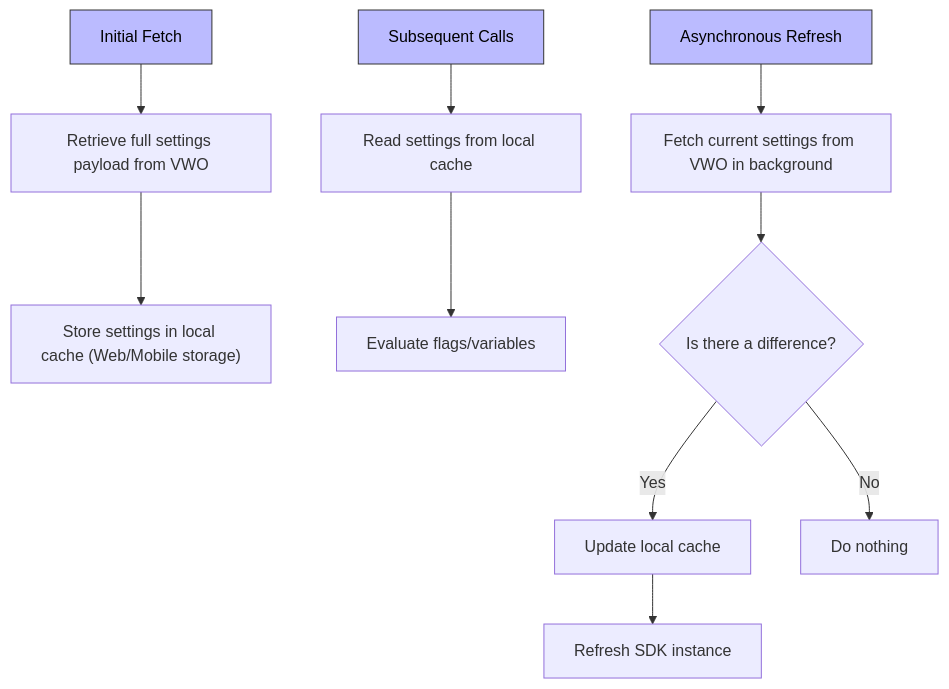
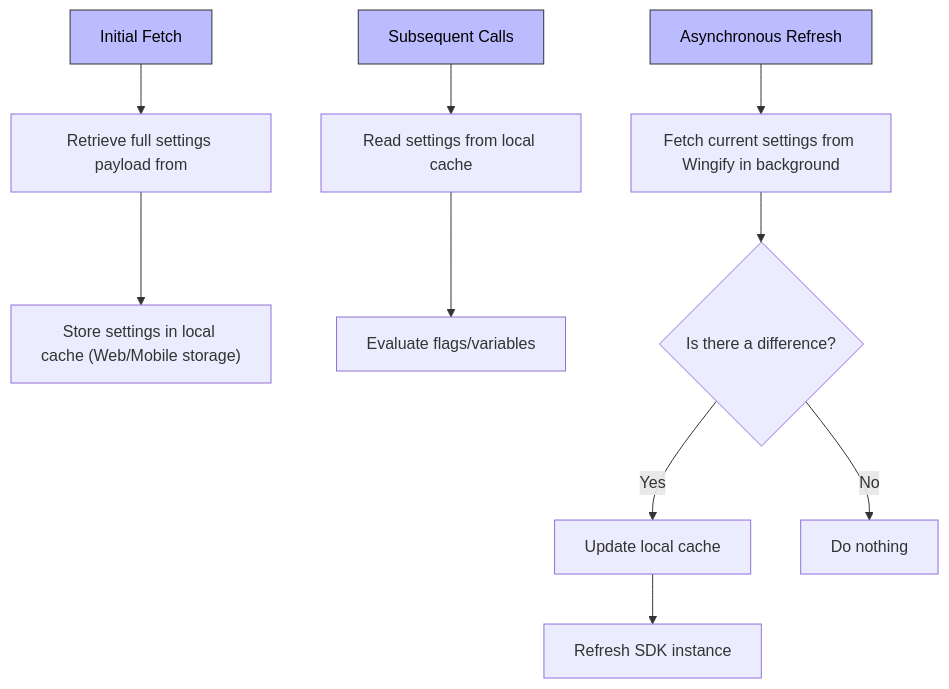
Before and after one commit to wingify/readme-central: the first of 3 diagrams in docs/Best Practices/fme-sdks-caching.md, drawn with Mermaid. The commit also changed other lines of this file and 232 other files, not shown here.

Commit message:
VWO -> Wingify branding

````diff
--- a/docs/Best Practices/fme-sdks-caching.md
+++ b/docs/Best Practices/fme-sdks-caching.md
@@ -50,25 +50,25 @@
 ```mermaid
 flowchart TD
-    A[Initial Fetch] --> B[Retrieve full settings payload from VWO]
+    A[Initial Fetch] --> B[Retrieve full settings payload from]
     B --> C["Store settings in local cache (Web/Mobile storage)"]
 
     D[Subsequent Calls] --> E[Read settings from local cache]
     E --> F[Evaluate flags/variables]
 
-    G[Asynchronous Refresh] --> H[Fetch current settings from VWO in background]
+    G[Asynchronous Refresh] --> H[Fetch current settings from Wingify in background]
     H --> I{Is there a difference?}
     I -- Yes --> J[Update local cache]
     J --> K[Refresh SDK instance]
     I -- No --> L[Do nothing]
 
     %% Assign classes
     class A initial
     class D subsequent
     class G async
 
     %% Define styles
     classDef initial fill:#bbf,stroke:#333,stroke-width:1px,color:#000
     classDef subsequent fill:#bbf,stroke:#333,stroke-width:1px,color:#000
     classDef async fill:#bbf,stroke:#333,stroke-width:1px,color:#000
 
 ```
````
